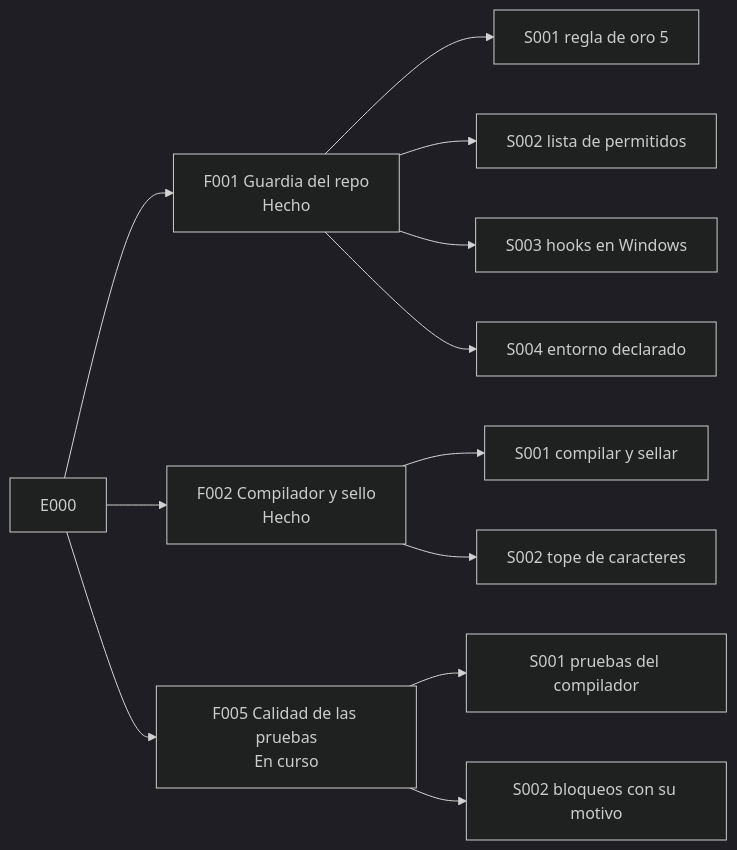
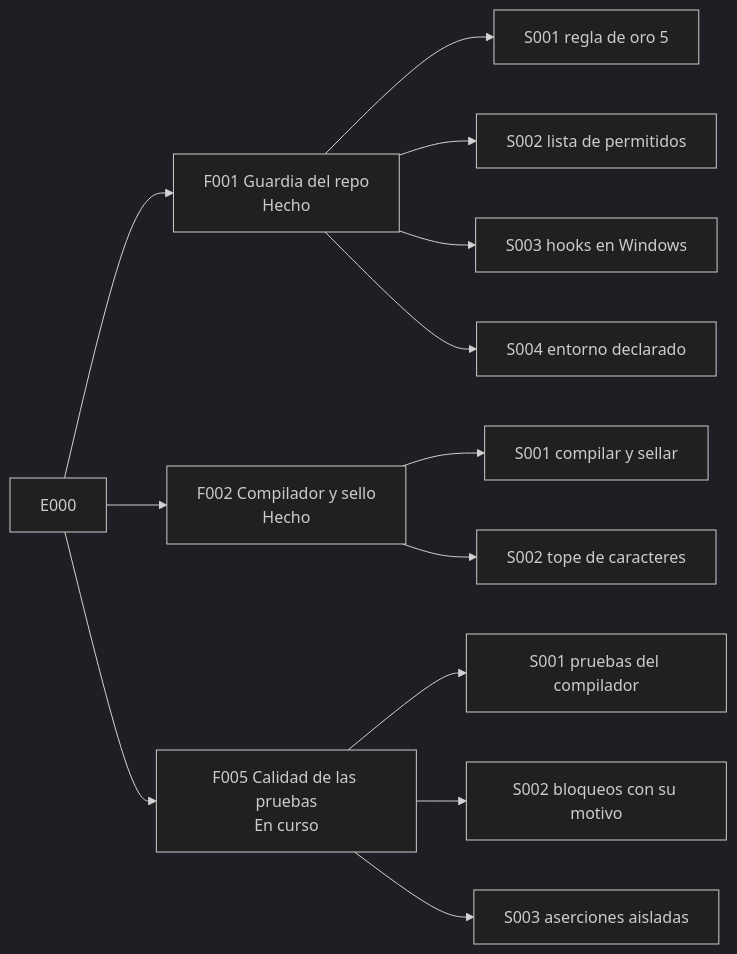
Before and after one commit to jliberal-aquas/aquas-central-harness-government: the second of 2 diagrams in docs/E000/README.md, drawn with Mermaid (dark theme). The commit also changed 11 other files, not shown here.

````diff
--- a/docs/E000/README.md
+++ b/docs/E000/README.md
@@ -94,14 +94,15 @@
 ```mermaid
 flowchart LR
     E["E000"] --> F1["F001 Guardia del repo<br/>Hecho"]
     F1 --> S1["S001 regla de oro 5"]
     F1 --> S2["S002 lista de permitidos"]
     F1 --> S3["S003 hooks en Windows"]
     F1 --> S4["S004 entorno declarado"]
     E --> F2["F002 Compilador y sello<br/>Hecho"]
     F2 --> T1["S001 compilar y sellar"]
     F2 --> T2["S002 tope de caracteres"]
     E --> F5["F005 Calidad de las pruebas<br/>En curso"]
     F5 --> U1["S001 pruebas del compilador"]
     F5 --> U2["S002 bloqueos con su motivo"]
+    F5 --> U3["S003 aserciones aisladas"]
 ```
````
